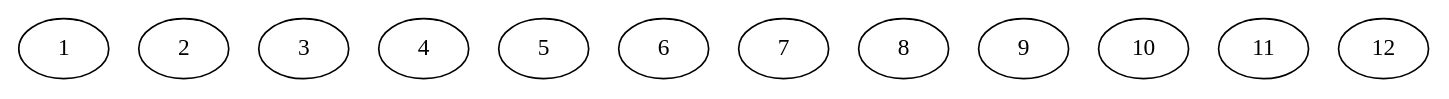
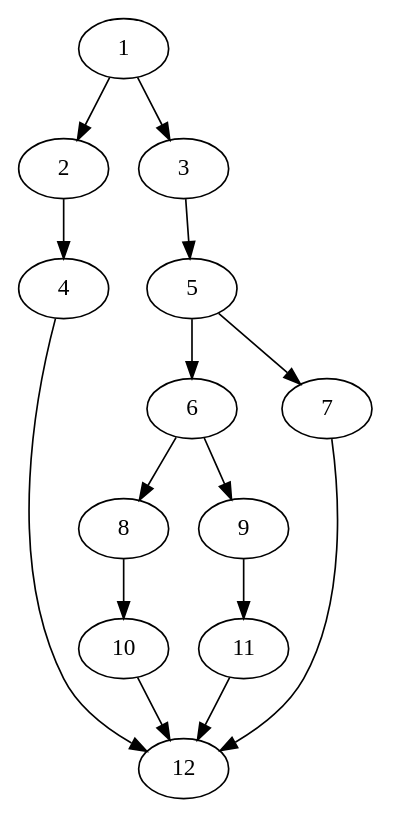
Before and after one commit to 0gaowei/quickDAG: the diagram in dag_src/topo_kahn_output.dot, drawn with Graphviz. The commit also changed 6 other files, not shown here.

```diff
--- a/dag_src/topo_kahn_output.dot
+++ b/dag_src/topo_kahn_output.dot
@@ -1,14 +1,28 @@
 digraph G {
   1;
   2;
   3;
   4;
   5;
   6;
   7;
   8;
   9;
   10;
   11;
   12;
+  1 -> 2;
+  1 -> 3;
+  2 -> 4;
+  3 -> 5;
+  4 -> 12;
+  5 -> 6;
+  5 -> 7;
+  6 -> 8;
+  6 -> 9;
+  7 -> 12;
+  8 -> 10;
+  9 -> 11;
+  10 -> 12;
+  11 -> 12;
 }
```
